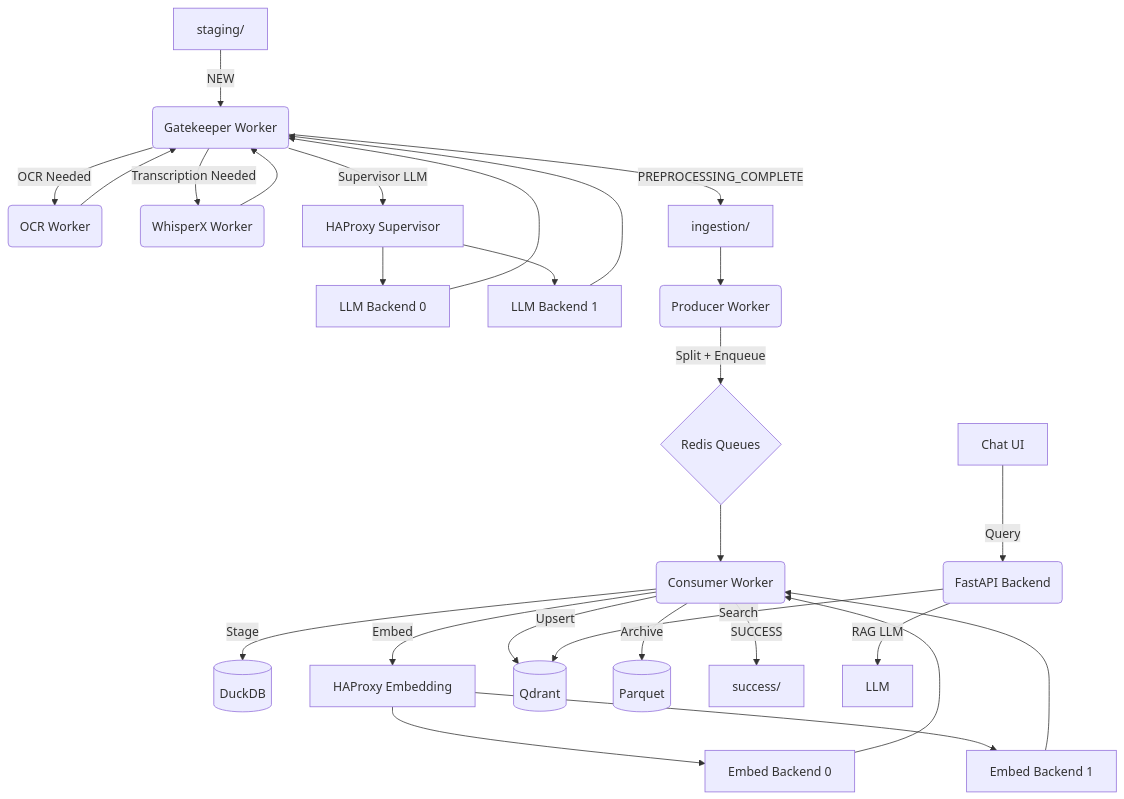
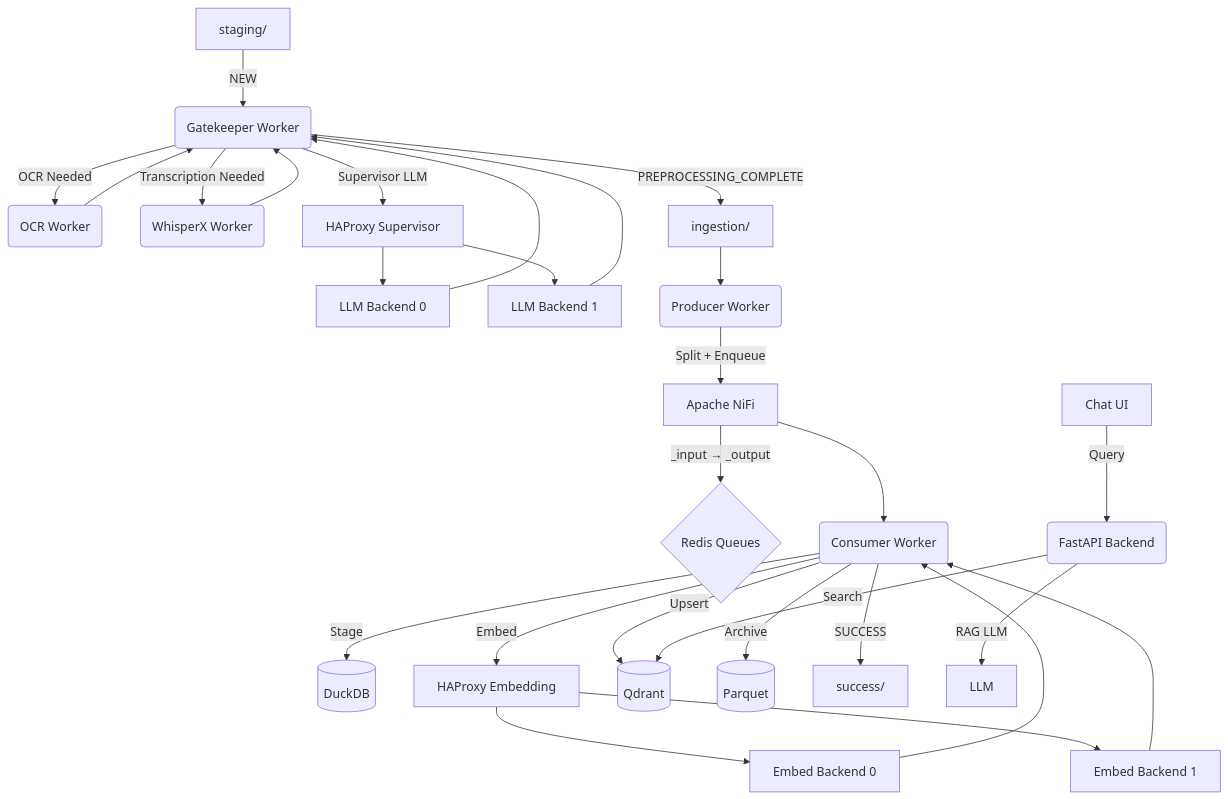
One commit to SamD/selfhosted-rag-doc-chat-prototype changed the second of 2 diagrams in docs/overview.md. Above: the diagram before and after it, drawn with Mermaid. The commit also changed other lines of this file and 72 other files, not shown here.

First line of the commit message:
feat: add NiFi Redis middleware, retype LLM worker, and shared config consolidation

````diff
--- a/docs/overview.md
+++ b/docs/overview.md
@@ -98,30 +109,31 @@
 ```mermaid
 graph TD
     A[staging/] -->|NEW| B(Gatekeeper Worker)
     B -->|OCR Needed| C(OCR Worker)
     C --> B
     B -->|Transcription Needed| W(WhisperX Worker)
     W --> B
     B -->|Supervisor LLM| HP_S[HAProxy Supervisor]
     HP_S --> N1[LLM Backend 0]
     HP_S --> N2[LLM Backend 1]
     N1 --> B
     N2 --> B
     B -->|PREPROCESSING_COMPLETE| D[ingestion/]
     D --> E(Producer Worker)
-    E -->|Split + Enqueue| F{Redis Queues}
-    F --> G(Consumer Worker)
+    E -->|Split + Enqueue| NIFI[Apache NiFi]
+    NIFI -->|_input → _output| F{Redis Queues}
+    NIFI --> G(Consumer Worker)
     G -->|Stage| H[(DuckDB)]
     G -->|Embed| HP_E[HAProxy Embedding]
     HP_E --> E1[Embed Backend 0]
     HP_E --> E2[Embed Backend 1]
     E1 --> G
     E2 --> G
     G -->|Upsert| I[(Qdrant)]
     G -->|Archive| J[(Parquet)]
     G -->|SUCCESS| K[success/]
     
     L[Chat UI] -->|Query| M(FastAPI Backend)
     M -->|RAG LLM| R[LLM]
     M -->|Search| I
 ```
````
